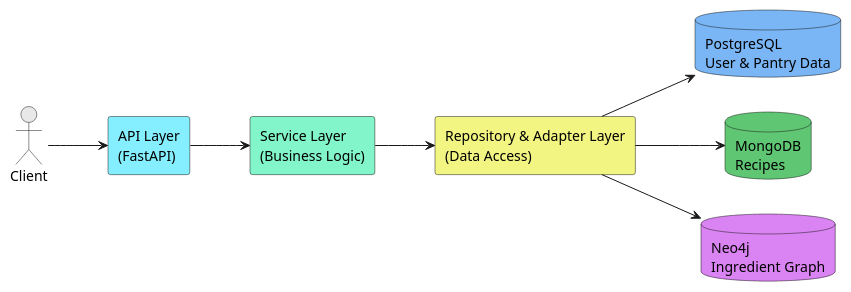
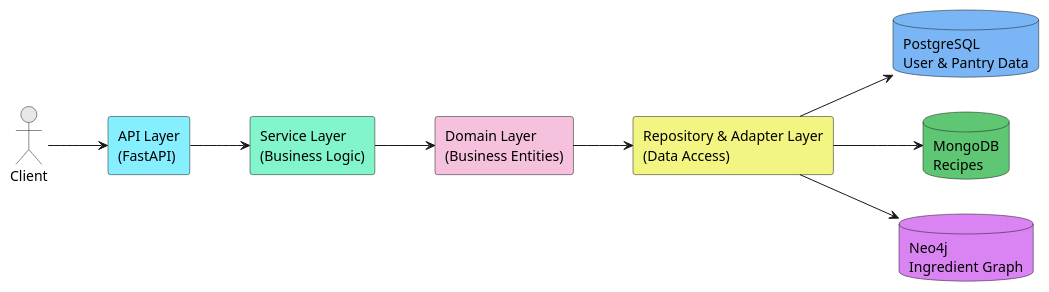
The diagram in diagram/high_level_system_architecture.puml (ErlisaLokaj/SmartMeal), drawn with PlantUML before and after one commit. The commit also changed 1 other file, not shown here.

Commit message:
Update diagram

```diff
--- a/diagram/high_level_system_architecture.puml
+++ b/diagram/high_level_system_architecture.puml
@@ -1,24 +1,26 @@
 @startuml
 left to right direction
 skinparam shadowing false
 skinparam componentStyle rounded
 skinparam backgroundColor white
 
 actor Client #E8E8E8
 
 rectangle "API Layer\n(FastAPI)" as API #85EFFF
 rectangle "Service Layer\n(Business Logic)" as Service #82F5CB
+rectangle "Domain Layer\n(Business Entities)" as Domain #F5C1DC
 rectangle "Repository & Adapter Layer\n(Data Access)" as Repo #F3F582
 
 database "PostgreSQL\nUser & Pantry Data" as PG #7AB6F5
 database "MongoDB\nRecipes" as Mongo #5FC773
 database "Neo4j\nIngredient Graph" as Graph #DA83F2
 
 Client --> API
 API --> Service
-Service --> Repo
+Service --> Domain
+Domain --> Repo
 
 Repo --> PG
 Repo --> Mongo
 Repo --> Graph
 @enduml
```
